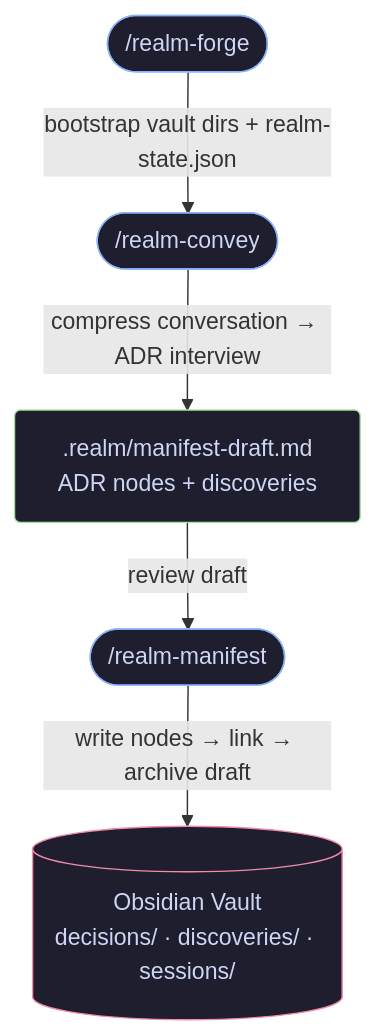
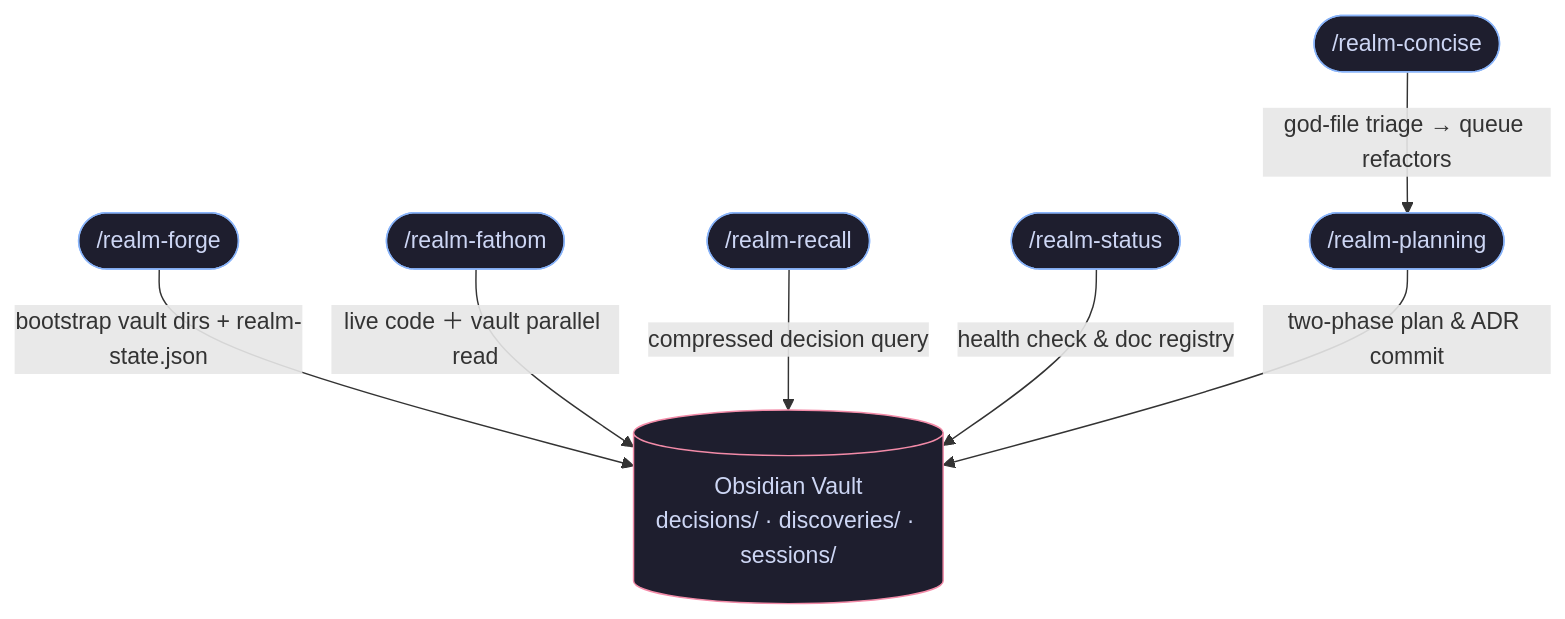
Before and after one commit to blackmo18/realm: the first of 8 diagrams in VISUALS.md, drawn with Mermaid. The commit also changed other lines of this file and 99 other files, not shown here.

````diff
--- a/VISUALS.md
+++ b/VISUALS.md
@@ -23,15 +23,14 @@
 ```mermaid
 flowchart TD
-    A(["/realm-forge"]):::cmd -->|"bootstrap vault dirs + realm-state.json"| B
+    A(["/realm-forge"]):::cmd -->|"bootstrap vault dirs + realm-state.json"| V[("Obsidian Vault\ndecisions/ · discoveries/ · sessions/")]:::vault
 
-    B(["/realm-convey"]):::cmd -->|"compress conversation → ADR interview"| C1
-    C1[".realm/manifest-draft.md\nADR nodes + discoveries"]:::file -->|"review draft"| C
+    F(["/realm-fathom"]):::cmd -->|"live code ＋ vault parallel read"| V
+    R(["/realm-recall"]):::cmd -->|"compressed decision query"| V
+    S(["/realm-status"]):::cmd -->|"health check & doc registry"| V
 
-    C(["/realm-manifest"]):::cmd -->|"write nodes → link → archive draft"| V
-
-    V[("Obsidian Vault\ndecisions/ · discoveries/ · sessions/")]:::vault
+    P(["/realm-planning"]):::cmd -->|"two-phase plan & ADR commit"| V
+    C(["/realm-concise"]):::cmd -->|"god-file triage → queue refactors"| P
 
     classDef cmd   fill:#1e1e2e,stroke:#89b4fa,color:#cdd6f4,rx:6
-    classDef file  fill:#1e1e2e,stroke:#a6e3a1,color:#cdd6f4,rx:4
     classDef vault fill:#1e1e2e,stroke:#f38ba8,color:#cdd6f4,rx:8
 ```
````
